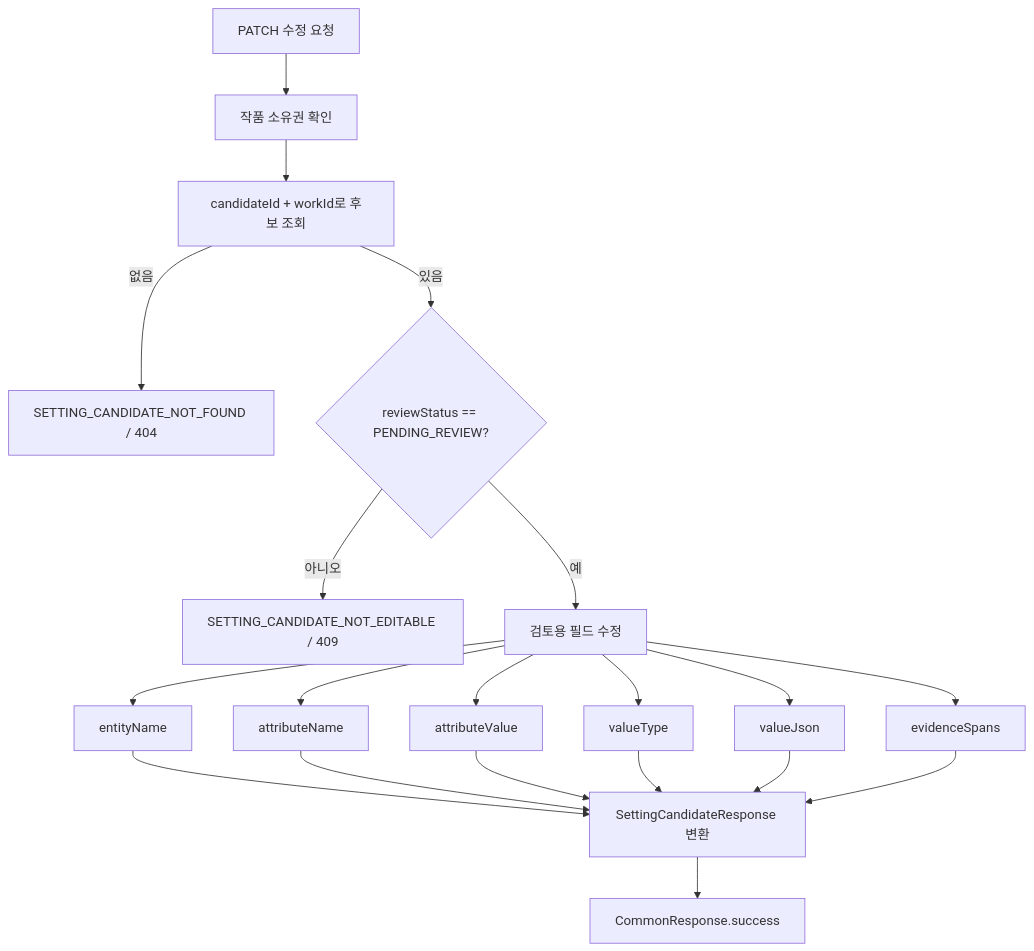
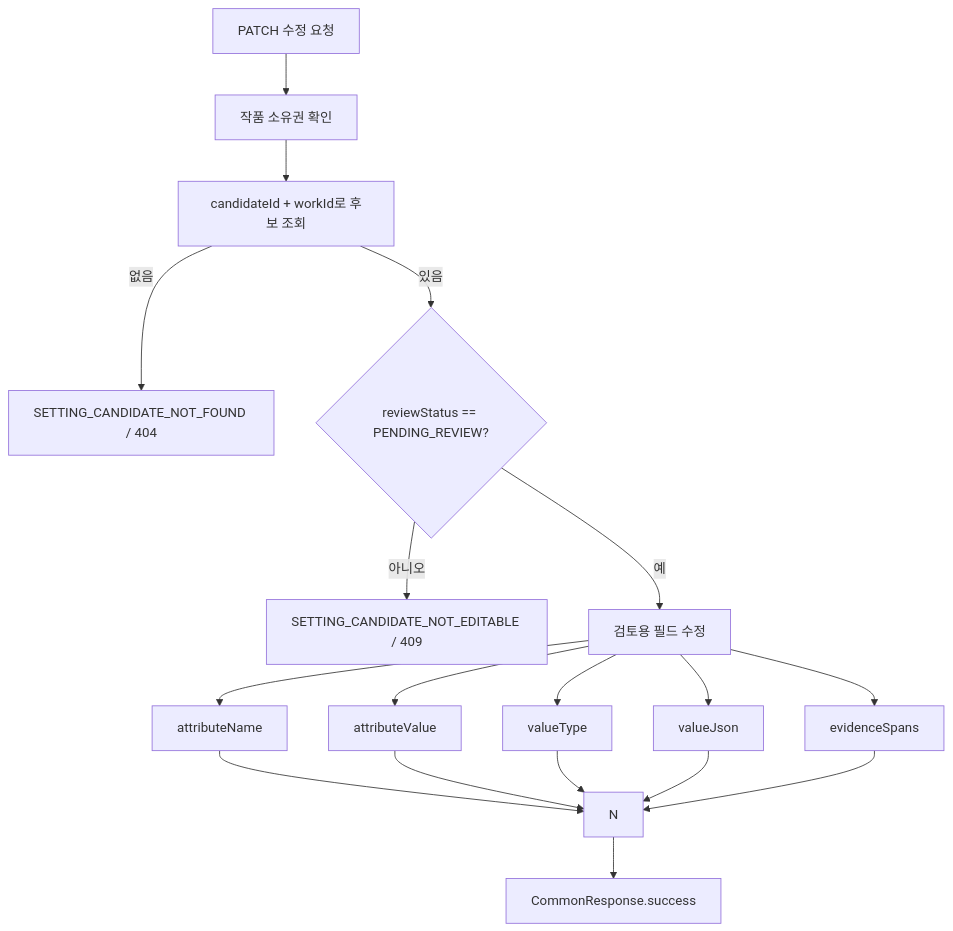
The sixth of 7 diagrams in docs/character.md (catchhole-soma/catchhole-backend-java), drawn with Mermaid before and after one commit. The commit also changed other lines of this file, not shown here.

````diff
--- a/docs/character.md
+++ b/docs/character.md
@@ -384,27 +440,25 @@
 ```mermaid
 flowchart TD
     A["PATCH 수정 요청"] --> B["작품 소유권 확인"]
     B --> C["candidateId + workId로 후보 조회"]
 
     C -->|없음| D["SETTING_CANDIDATE_NOT_FOUND / 404"]
     C -->|있음| E{"reviewStatus == PENDING_REVIEW?"}
 
     E -->|아니오| F["SETTING_CANDIDATE_NOT_EDITABLE / 409"]
     E -->|예| G["검토용 필드 수정"]
 
-    G --> H["entityName"]
     G --> I["attributeName"]
     G --> J["attributeValue"]
     G --> K["valueType"]
     G --> L["valueJson"]
     G --> M["evidenceSpans"]
 
-    H --> N["SettingCandidateResponse 변환"]
     I --> N
     J --> N
     K --> N
     L --> N
     M --> N
 
     N --> O["CommonResponse.success"]
 ```
````
